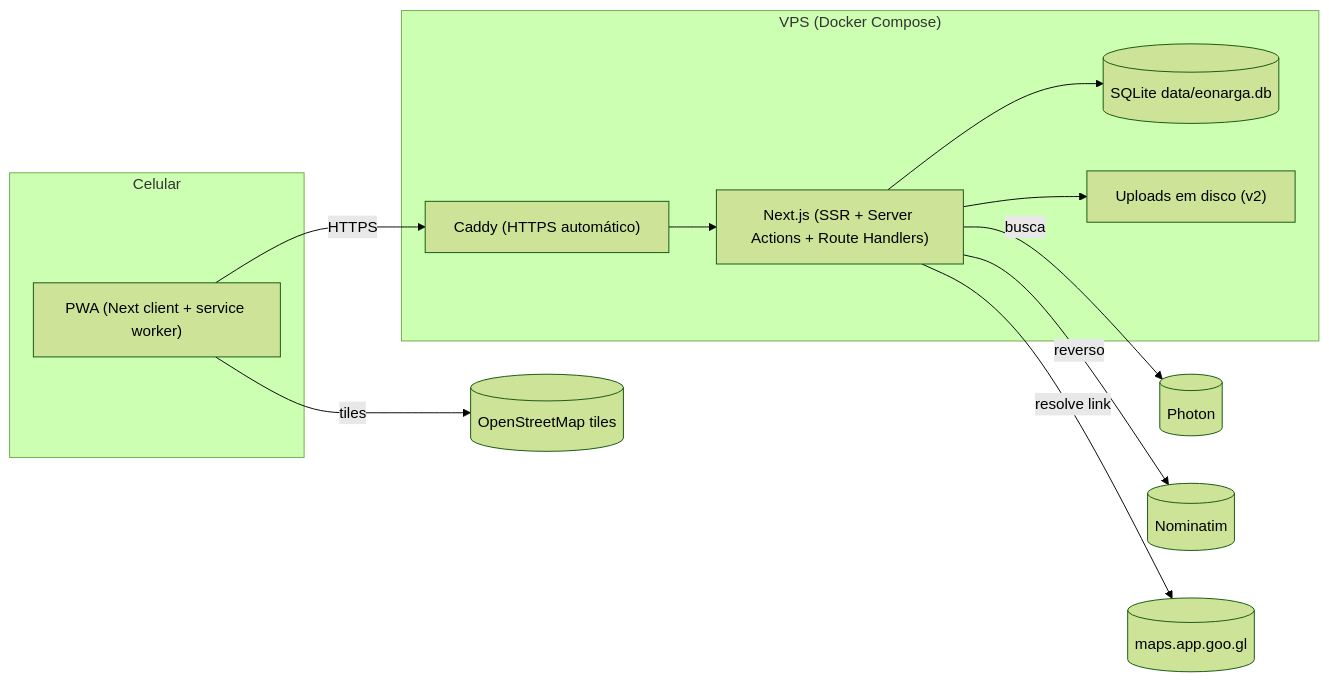
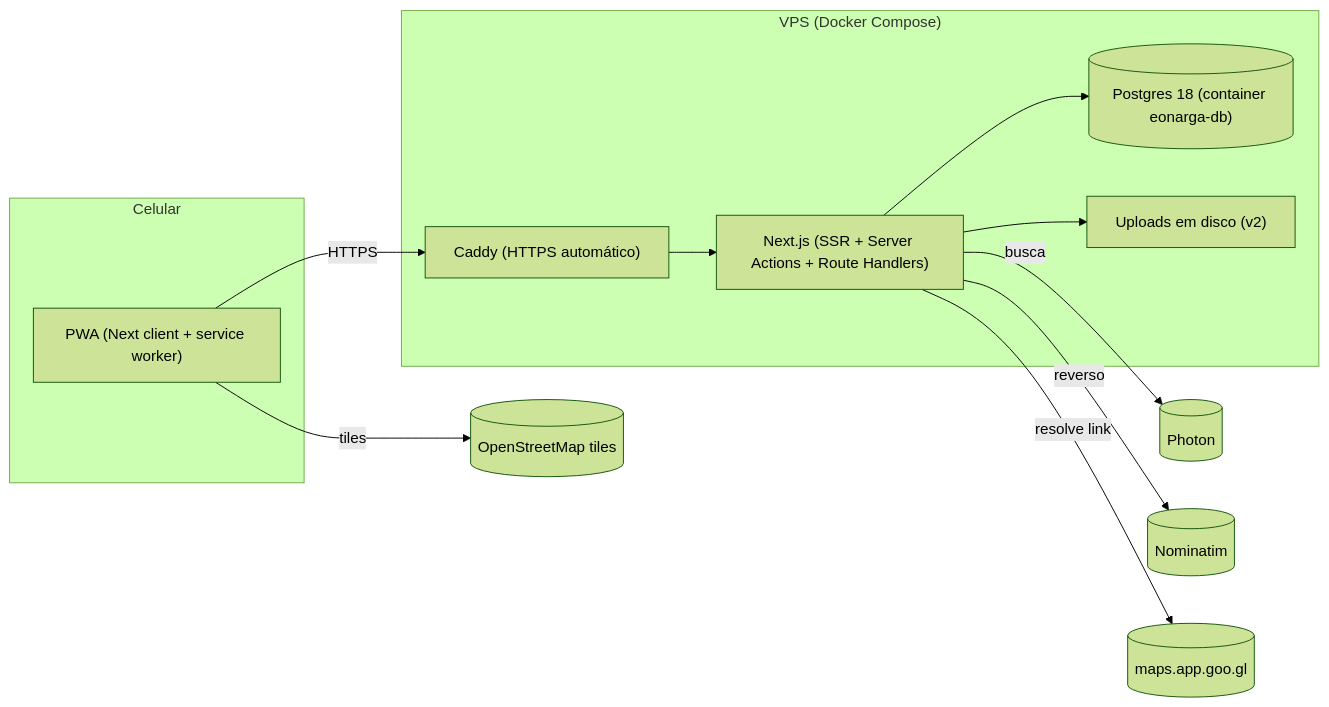
One commit to isaqueks/eonarga changed the diagram in docs/02-stack-e-arquitetura.md. Above: the diagram before and after it, drawn with Mermaid (forest theme). The commit also changed other lines of this file and 92 other files, not shown here.

````diff
--- a/docs/02-stack-e-arquitetura.md
+++ b/docs/02-stack-e-arquitetura.md
@@ -46,16 +46,16 @@
 ```mermaid
 flowchart LR
   subgraph Celular
     PWA["PWA (Next client + service worker)"]
   end
   subgraph VPS["VPS (Docker Compose)"]
     Caddy["Caddy (HTTPS automático)"] --> App["Next.js (SSR + Server Actions + Route Handlers)"]
-    App --> DB[("SQLite data/eonarga.db")]
+    App --> DB[("Postgres 18 (container eonarga-db)")]
     App --> Files["Uploads em disco (v2)"]
   end
   PWA -- HTTPS --> Caddy
   PWA -- tiles --> OSM[("OpenStreetMap tiles")]
   App -- busca --> Photon[("Photon")]
   App -- reverso --> Nominatim[("Nominatim")]
   App -- resolve link --> GMaps[("maps.app.goo.gl")]
 ```
````
